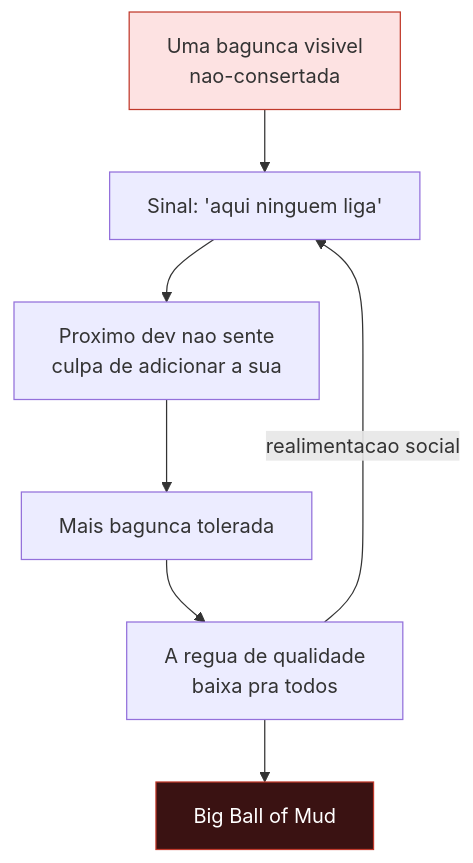
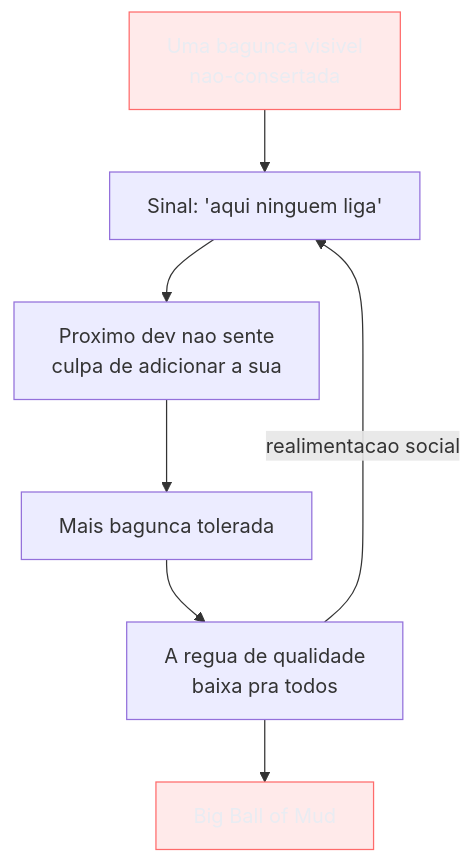
One commit to josenaldo/codex-technomanticus changed the first of 4 diagrams in 03-Dominios/Engenharia/Complexidade de Software/13 - Entropia de software e decaimento.md. Above: the diagram before and after it, drawn with Mermaid. The commit also changed other lines of this file and 1181 other files, not shown here.

First line of the commit message:
fix(diagramas): paleta do sistema no lugar de cor cravada no markdown

````diff
--- a/03-Dominios/Engenharia/Complexidade de Software/13 - Entropia de software e decaimento.md
+++ b/03-Dominios/Engenharia/Complexidade de Software/13 - Entropia de software e decaimento.md
@@ -80,12 +80,13 @@
 ```mermaid
 flowchart TD
+    classDef falha fill:#FF6B6B24,stroke:#FF6B6B,color:#E9ECF2
     A["Uma bagunca visivel<br/>nao-consertada"] --> B["Sinal: 'aqui ninguem liga'"]
     B --> C["Proximo dev nao sente<br/>culpa de adicionar a sua"]
     C --> D["Mais bagunca tolerada"]
     D --> E["A regua de qualidade<br/>baixa pra todos"]
     E -->|realimentacao social| B
     E --> F["Big Ball of Mud"]
 
-    style A fill:#fde2e2,stroke:#c0392b
-    style F fill:#3a1212,color:#fff,stroke:#c0392b
+    class A falha
+    class F falha
 ```
````
